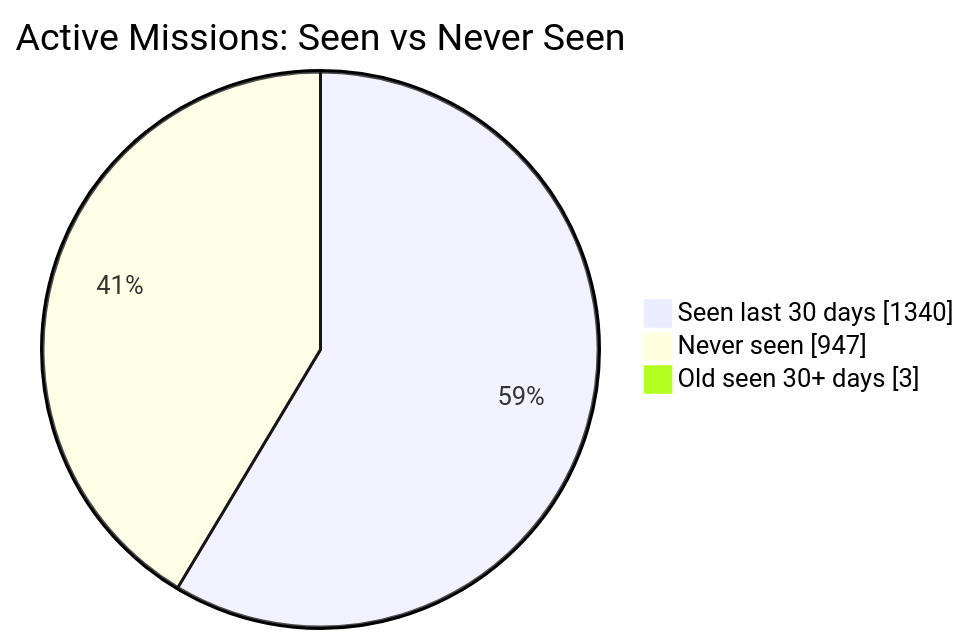
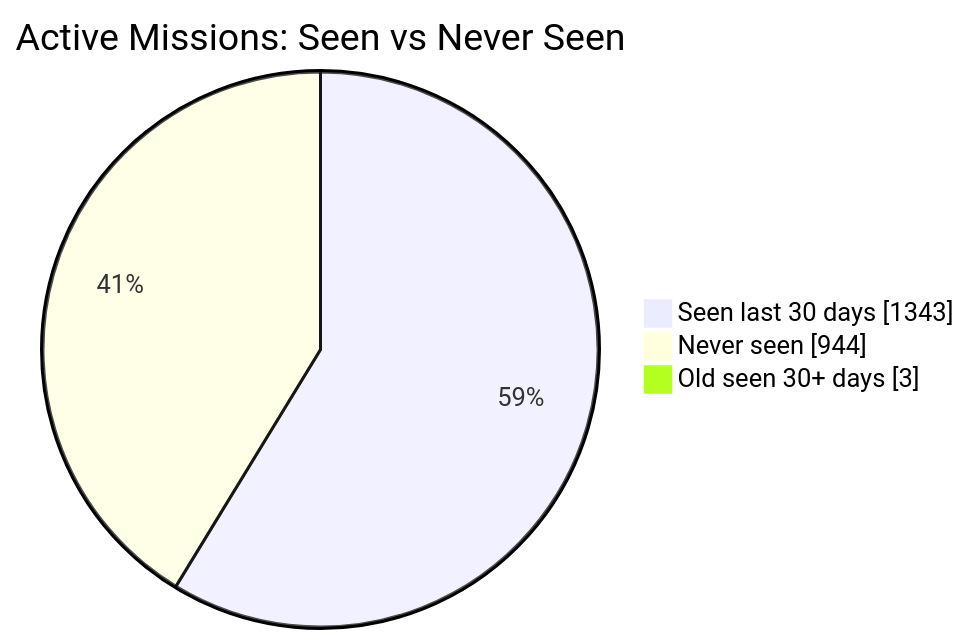
One commit to MeldkamerspelGameTeam/active-missions changed the first of 2 diagrams in README.md. Above: the diagram before and after it, drawn with Mermaid. The commit also changed other lines of this file and 2 other files, not shown here.

````diff
--- a/README.md
+++ b/README.md
@@ -34,7 +34,7 @@
 ```mermaid
 pie showData
     title Active Missions: Seen vs Never Seen
-    "Seen last 30 days" : 1340
-    "Never seen" : 947
+    "Seen last 30 days" : 1343
+    "Never seen" : 944
     "Old seen 30+ days" : 3
 ```
````
